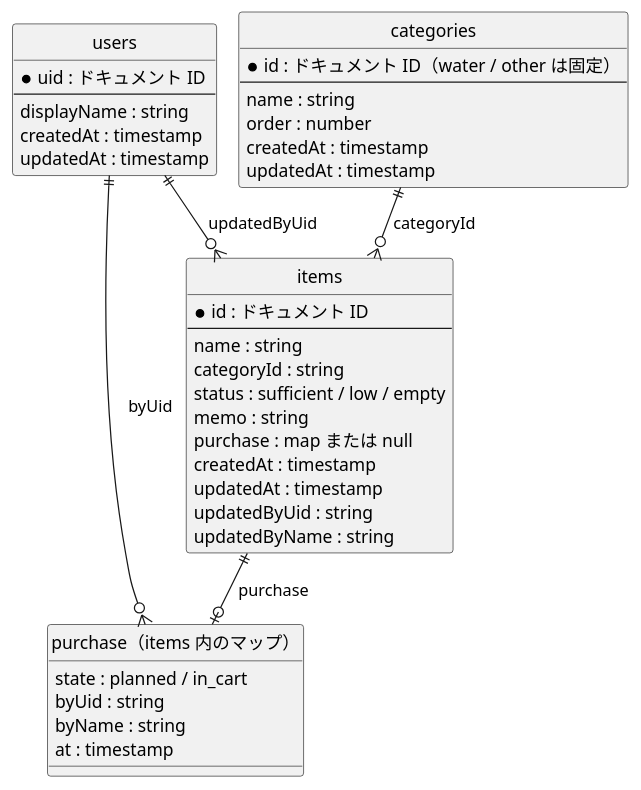
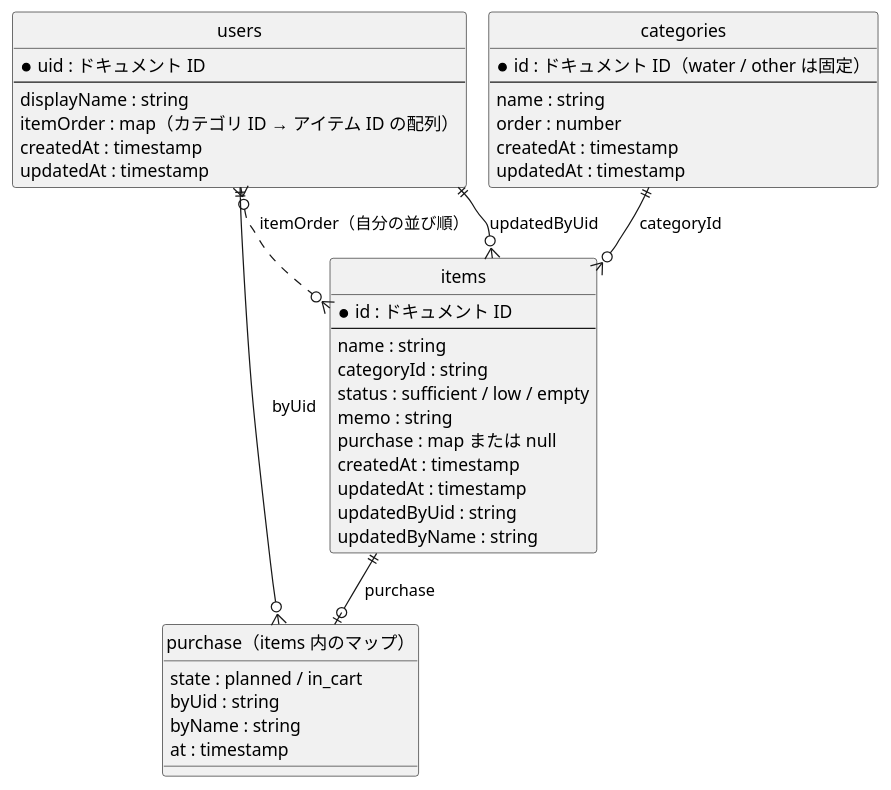
One commit to LASC-SINCE2015/LivingManager changed the diagram in design/data/diagrams/er.puml. Above: the diagram before and after it, drawn with PlantUML. The commit also changed 57 other files, not shown here.

```diff
--- a/design/data/diagrams/er.puml
+++ b/design/data/diagrams/er.puml
@@ -1,49 +1,51 @@
 @startuml er
 !pragma layout smetana
 ' Firestore のコレクションの関係（ER 図）。purchase は items の中のマップ
 skinparam defaultFontName "Meiryo"
 hide circle
 
 entity "users" as users {
   * uid : ドキュメント ID
   --
   displayName : string
+  itemOrder : map（カテゴリ ID → アイテム ID の配列）
   createdAt : timestamp
   updatedAt : timestamp
 }
 
 entity "categories" as categories {
   * id : ドキュメント ID（water / other は固定）
   --
   name : string
   order : number
   createdAt : timestamp
   updatedAt : timestamp
 }
 
 entity "items" as items {
   * id : ドキュメント ID
   --
   name : string
   categoryId : string
   status : sufficient / low / empty
   memo : string
   purchase : map または null
   createdAt : timestamp
   updatedAt : timestamp
   updatedByUid : string
   updatedByName : string
 }
 
 entity "purchase（items 内のマップ）" as purchase {
   state : planned / in_cart
   byUid : string
   byName : string
   at : timestamp
 }
 
 categories ||--o{ items : categoryId
 users ||--o{ items : updatedByUid
 items ||--o| purchase : purchase
 users ||--o{ purchase : byUid
+users }o..o{ items : itemOrder（自分の並び順）
 @enduml
```
